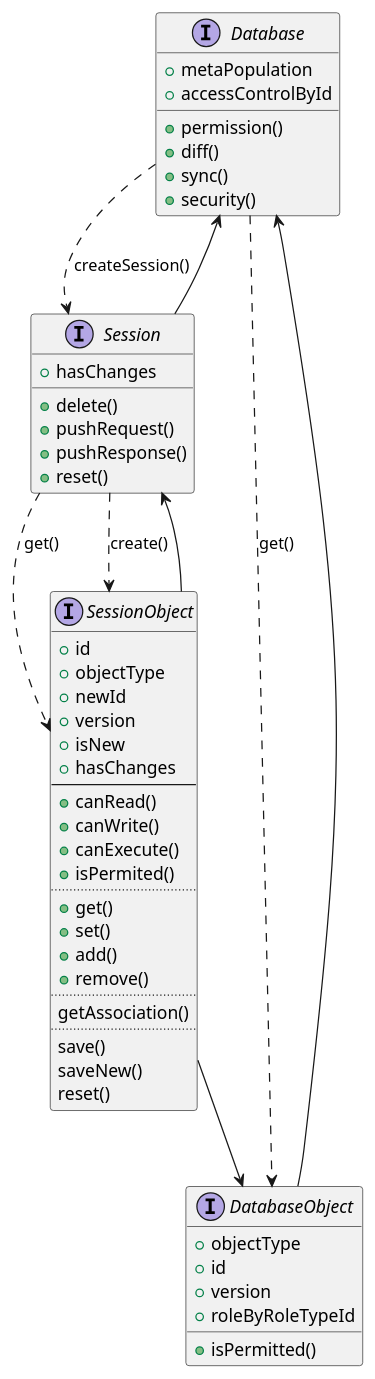
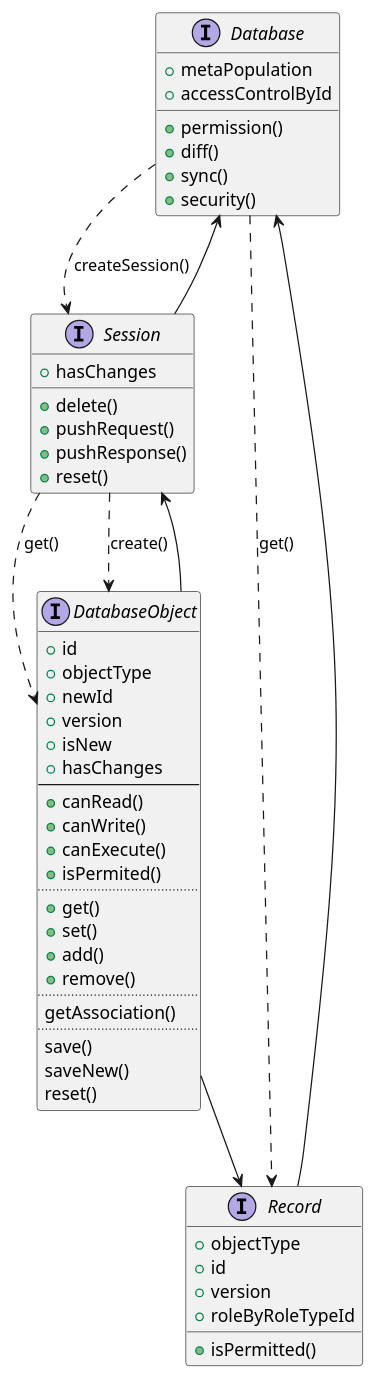
One commit to allors/allors3 changed the diagram in Platform/Workspace/Typescript/libs/workspace/system/src/overview.puml. Above: the diagram before and after it, drawn with PlantUML. The commit also changed 29 other files, not shown here.

```diff
--- a/Platform/Workspace/Typescript/libs/workspace/system/src/overview.puml
+++ b/Platform/Workspace/Typescript/libs/workspace/system/src/overview.puml
@@ -1,65 +1,65 @@
 @startuml overview
 
 ' Database
 '---------
 interface Database {
     +metaPopulation
     +accessControlById
     +permission()
     +diff()
     +sync()
     +security()
 }
 Database ..> Session : createSession()
-Database ..> DatabaseObject : get()
+Database ..> Record : get()
 
-interface DatabaseObject{
+interface Record{
     +objectType
     +id
     +version
     +roleByRoleTypeId
     +isPermitted()
 }
-DatabaseObject --> Database
+Record --> Database
 
 ' Session
 '---------
 interface Session {
     +hasChanges
     +delete()
     +pushRequest()
     +pushResponse()
     +reset()
 }
 Session --> Database
-Session ..> SessionObject : get()
-Session ..> SessionObject : create()
+Session ..> DatabaseObject : get()
+Session ..> DatabaseObject : create()
 
-interface SessionObject {
+interface DatabaseObject {
     +id
     +objectType
     +newId
     +version
     +isNew
     +hasChanges
     --
     +canRead()
     +canWrite()
     +canExecute()
     +isPermited()
     ..
     +get()
     +set()
     +add()
     +remove()
     ..
     getAssociation()
     ..
     save()
     saveNew()
     reset()
 }
-SessionObject --> Session
-SessionObject --> DatabaseObject
+DatabaseObject --> Session
+DatabaseObject --> Record
 
 @enduml
```
